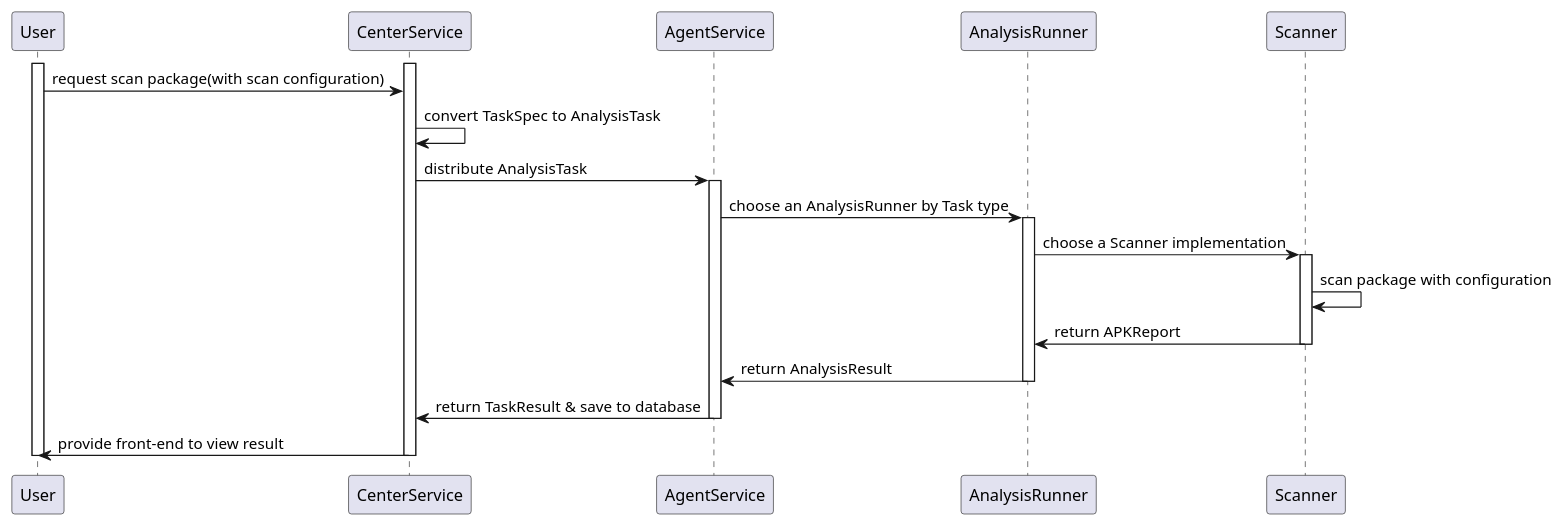
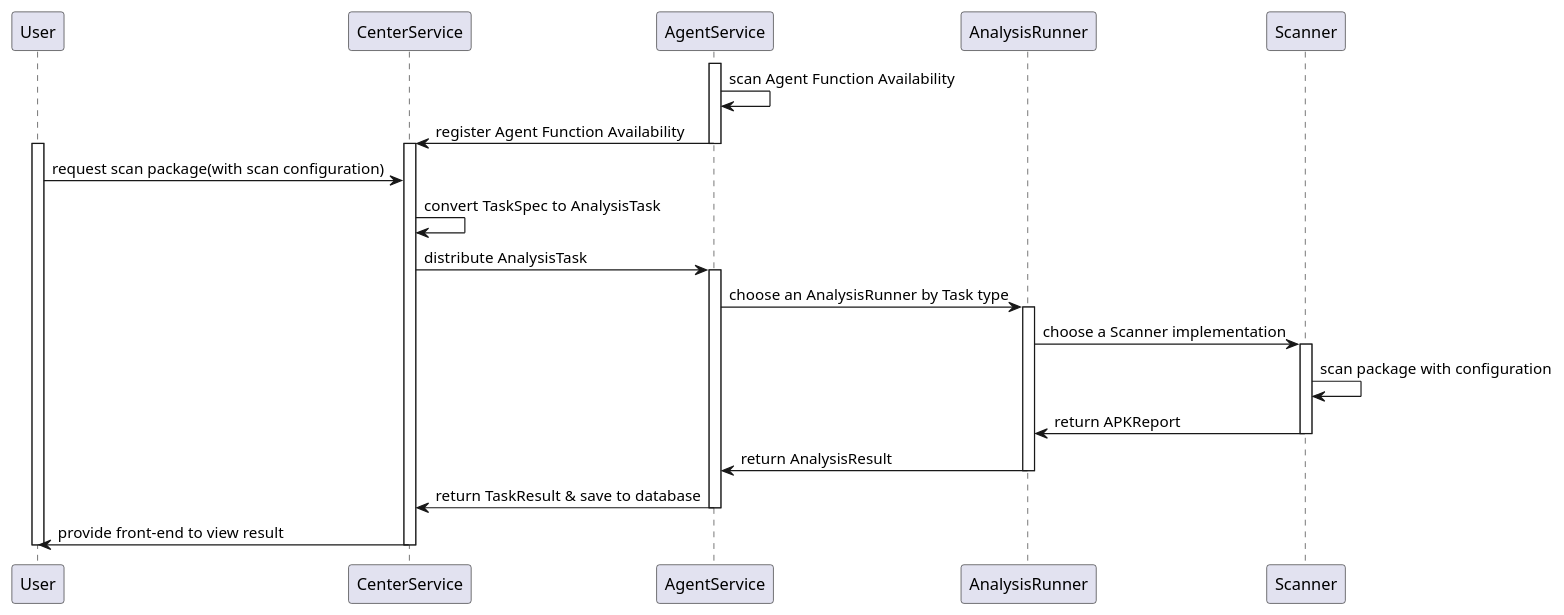
Before and after one commit to microsoft/HydraLab: the third of 3 diagrams in agent/doc/UML/package_scanner_design.puml, drawn with PlantUML. The commit also changed 1 other file, not shown here.

Commit message:
update sequence

```diff
--- a/agent/doc/UML/package_scanner_design.puml
+++ b/agent/doc/UML/package_scanner_design.puml
@@ -102,32 +102,38 @@
 @startuml package_scanner_design_sequence
 participant User
 participant CenterService
 participant AgentService
 participant AnalysisRunner
 participant Scanner
+
+activate AgentService
+AgentService -> AgentService : scan Agent Function Availability
+AgentService -> CenterService : register Agent Function Availability
+
+deactivate AgentService
 
 activate User
 activate CenterService
 User -> CenterService : request scan package(with scan configuration)
 
 CenterService -> CenterService : convert TaskSpec to AnalysisTask
 CenterService -> AgentService : distribute AnalysisTask
 activate AgentService
 
 AgentService -> AnalysisRunner : choose an AnalysisRunner by Task type
 activate AnalysisRunner
 
 AnalysisRunner -> Scanner : choose a Scanner implementation
 activate Scanner
 Scanner -> Scanner : scan package with configuration
 Scanner -> AnalysisRunner : return APKReport
 deactivate Scanner
 AnalysisRunner -> AgentService : return AnalysisResult
 deactivate AnalysisRunner
 AgentService -> CenterService : return TaskResult & save to database
 deactivate AgentService
 CenterService -> User : provide front-end to view result
 deactivate CenterService
 deactivate User
 
 @enduml
```
